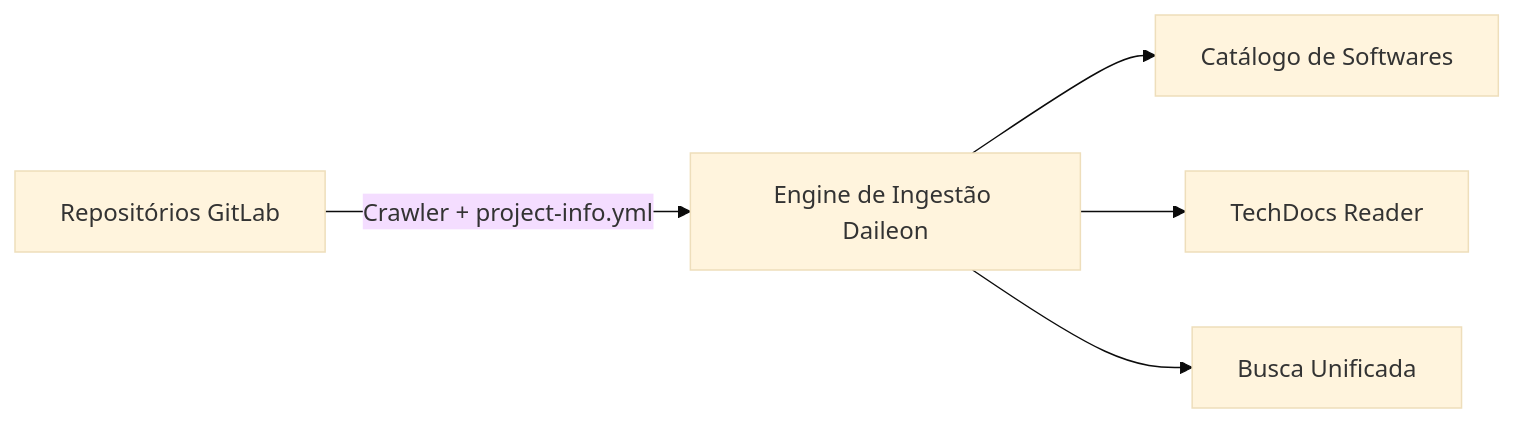
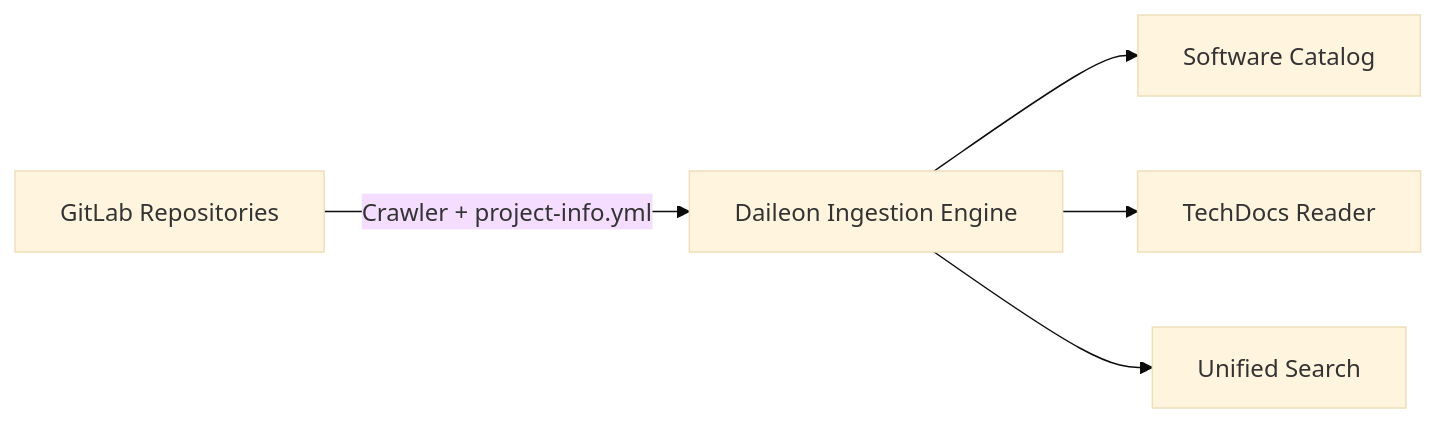
One commit to ricardoborges/Daileon changed the diagram in docs/index.md. Above: the diagram before and after it, drawn with Mermaid (base theme). The commit also changed other lines of this file and 7 other files, not shown here.

````diff
--- a/docs/index.md
+++ b/docs/index.md
@@ -13,7 +13,7 @@
 ```mermaid
 graph LR
-    A[Repositórios GitLab] -->|Crawler + project-info.yml| B[Engine de Ingestão Daileon]
-    B --> C[Catálogo de Softwares]
+    A[GitLab Repositories] -->|Crawler + project-info.yml| B[Daileon Ingestion Engine]
+    B --> C[Software Catalog]
     B --> D[TechDocs Reader]
-    B --> E[Busca Unificada]
+    B --> E[Unified Search]
 ```
````
